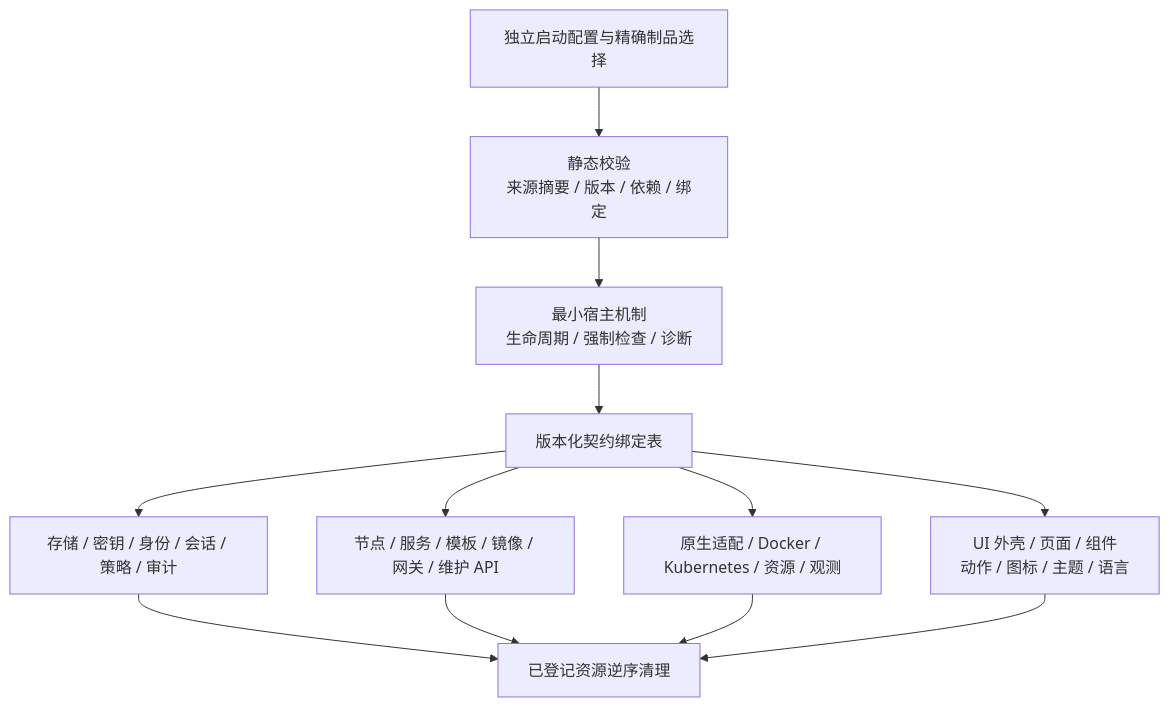
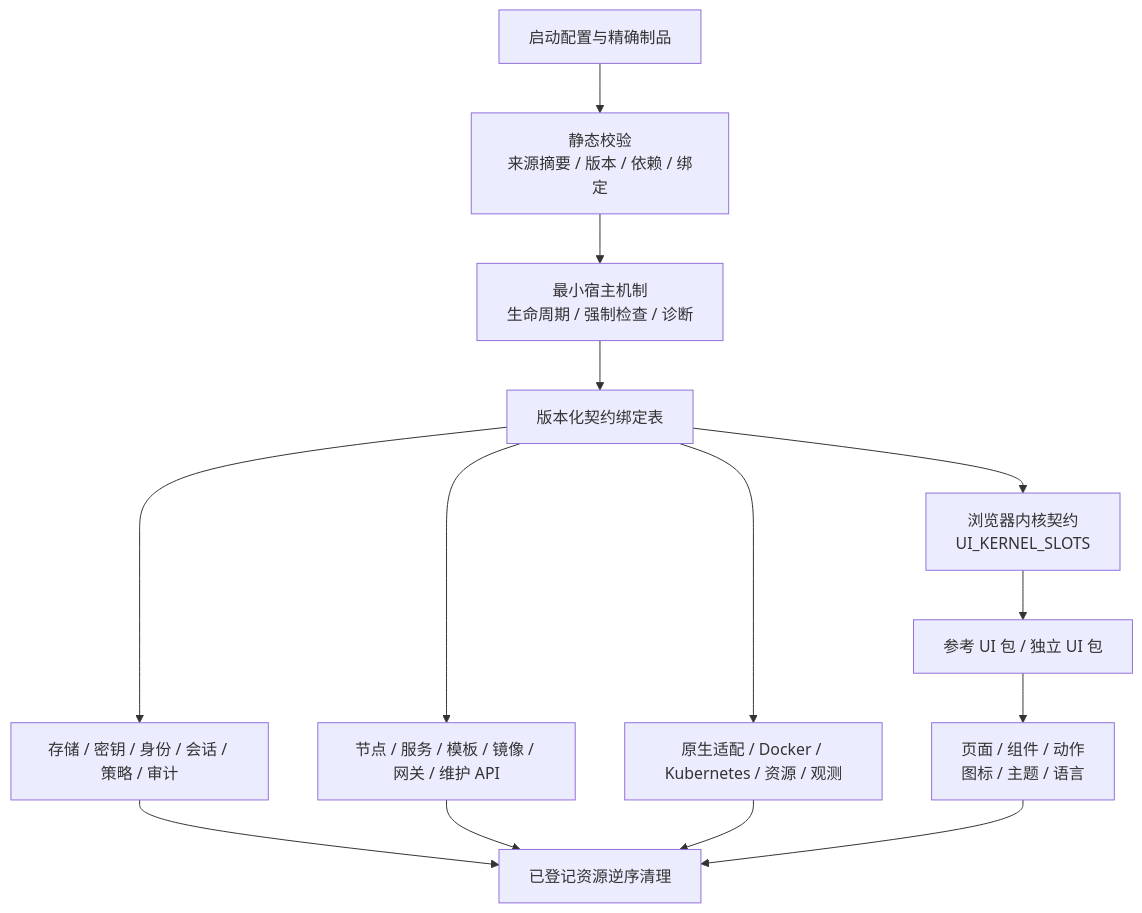
One commit to ZhengDeL/MindIE-Motor-Console changed the second of 4 diagrams in web/ARCHITECTURE.md. Above: the diagram before and after it, drawn with Mermaid. The commit also changed other lines of this file and 80 other files, not shown here.

````diff
--- a/web/ARCHITECTURE.md
+++ b/web/ARCHITECTURE.md
@@ -29,14 +29,16 @@
 ```mermaid
 flowchart TB
-  FILE[独立启动配置与精确制品选择] --> CHECK["静态校验<br/>来源摘要 / 版本 / 依赖 / 绑定"]
+  FILE[启动配置与精确制品] --> CHECK["静态校验<br/>来源摘要 / 版本 / 依赖 / 绑定"]
   CHECK --> HOST["最小宿主机制<br/>生命周期 / 强制检查 / 诊断"]
   HOST --> PORTS[版本化契约绑定表]
   PORTS --> EARLY[存储 / 密钥 / 身份 / 会话 / 策略 / 审计]
   PORTS --> BIZ[节点 / 服务 / 模板 / 镜像 / 网关 / 维护 API]
   PORTS --> RUN[原生适配 / Docker / Kubernetes / 资源 / 观测]
-  PORTS --> UI["UI 外壳 / 页面 / 组件<br/>动作 / 图标 / 主题 / 语言"]
+  PORTS --> UI["浏览器内核契约<br/>UI_KERNEL_SLOTS"]
+  UI --> UIPACK[参考 UI 包 / 独立 UI 包]
+  UIPACK --> UISLOTS["页面 / 组件 / 动作<br/>图标 / 主题 / 语言"]
   EARLY --> LIFE[已登记资源逆序清理]
   BIZ --> LIFE
   RUN --> LIFE
-  UI --> LIFE
+  UISLOTS --> LIFE
 ```
````
